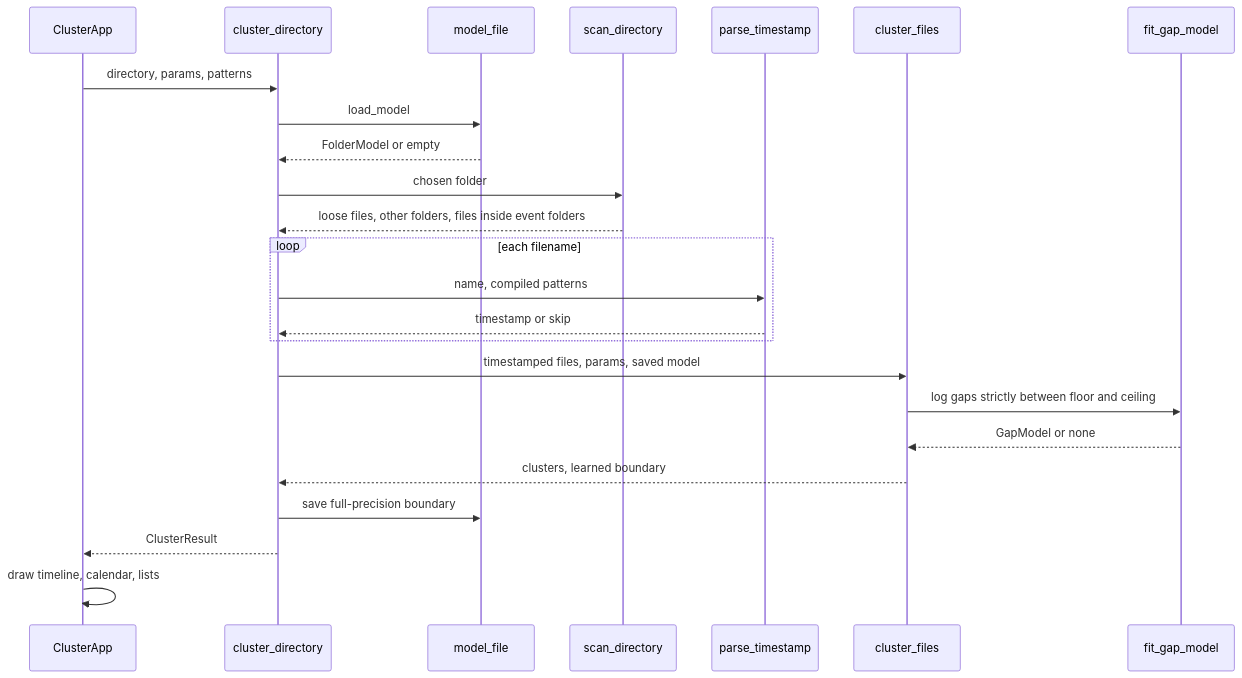
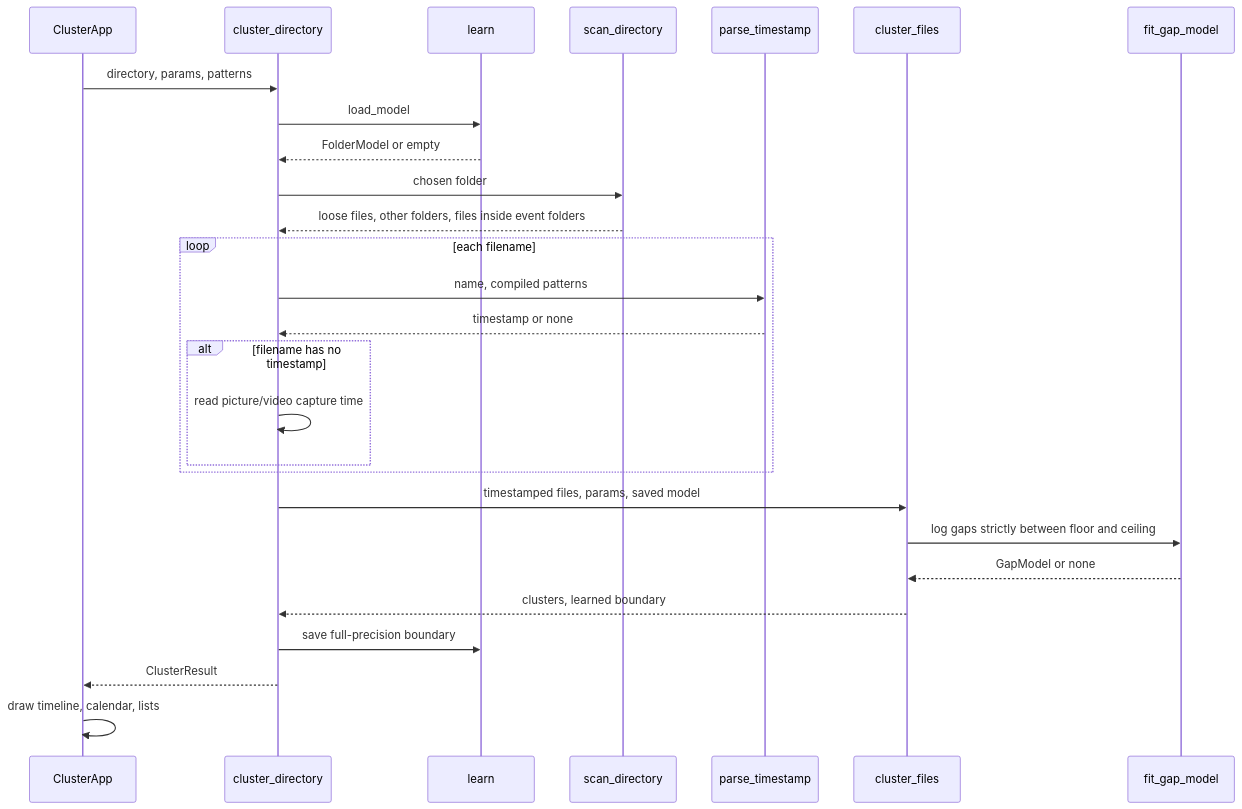
One commit to rvcgeeks/filenamecluster changed the fourth of 5 diagrams in docs/architecture.md. Above: the diagram before and after it, drawn with Mermaid. The commit also changed other lines of this file and 34 other files, not shown here.

````diff
--- a/docs/architecture.md
+++ b/docs/architecture.md
@@ -200,27 +207,30 @@
 ```mermaid
 sequenceDiagram
     participant App as ClusterApp
     participant Pipe as cluster_directory
-    participant Model as model_file
+    participant Model as learn
     participant Scan as scan_directory
     participant Parse as parse_timestamp
     participant Fit as cluster_files
     participant Learn as fit_gap_model
 
     App->>Pipe: directory, params, patterns
     Pipe->>Model: load_model
     Model-->>Pipe: FolderModel or empty
     Pipe->>Scan: chosen folder
     Scan-->>Pipe: loose files, other folders, files inside event folders
     loop each filename
         Pipe->>Parse: name, compiled patterns
-        Parse-->>Pipe: timestamp or skip
+        Parse-->>Pipe: timestamp or none
+        alt filename has no timestamp
+            Pipe->>Pipe: read picture/video capture time
+        end
     end
     Pipe->>Fit: timestamped files, params, saved model
     Fit->>Learn: log gaps strictly between floor and ceiling
     Learn-->>Fit: GapModel or none
     Fit-->>Pipe: clusters, learned boundary
     Pipe->>Model: save full-precision boundary
     Pipe-->>App: ClusterResult
     App->>App: draw timeline, calendar, lists
 ```
````
